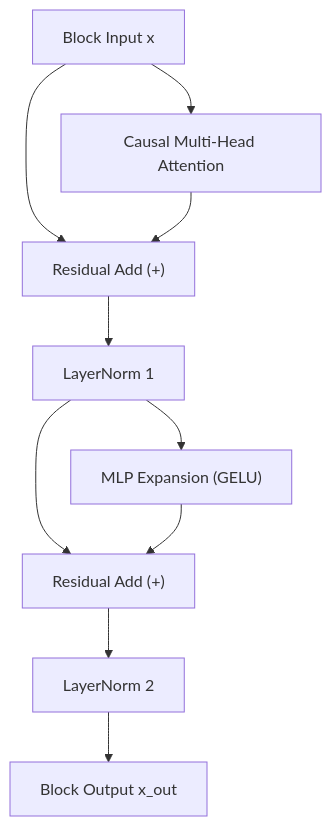
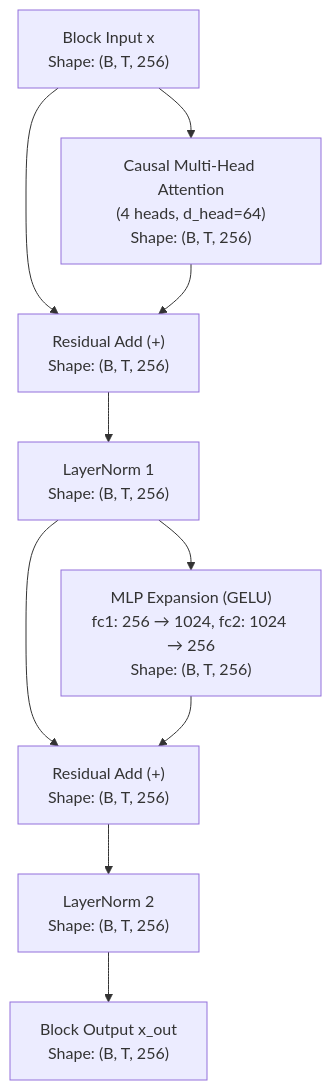
Before and after one commit to Ritvik19/NNFS: the second of 2 diagrams in docs/models/gpt1.md, drawn with Mermaid. The commit also changed other lines of this file and 11 other files, not shown here.

Commit message:
refactor: overhaul model documentation with architecture diagrams and update model implementations

````diff
--- a/docs/models/gpt1.md
+++ b/docs/models/gpt1.md
@@ -59,14 +59,14 @@
 ```mermaid
 flowchart TD
-    In["Block Input x"] --> Attn["Causal Multi-Head Attention"]
-    In --> Add1["Residual Add (+)"]
+    In["Block Input x<br/>Shape: (B, T, 256)"] --> Attn["Causal Multi-Head Attention<br/>(4 heads, d_head=64)<br/>Shape: (B, T, 256)"]
+    In --> Add1["Residual Add (+)<br/>Shape: (B, T, 256)"]
     Attn --> Add1
-    Add1 --> LN1["LayerNorm 1"]
+    Add1 --> LN1["LayerNorm 1<br/>Shape: (B, T, 256)"]
     
-    LN1 --> FFN["MLP Expansion (GELU)"]
-    LN1 --> Add2["Residual Add (+)"]
+    LN1 --> FFN["MLP Expansion (GELU)<br/>fc1: 256 → 1024, fc2: 1024 → 256<br/>Shape: (B, T, 256)"]
+    LN1 --> Add2["Residual Add (+)<br/>Shape: (B, T, 256)"]
     FFN --> Add2
-    Add2 --> LN2["LayerNorm 2"]
+    Add2 --> LN2["LayerNorm 2<br/>Shape: (B, T, 256)"]
     
-    LN2 --> Out["Block Output x_out"]
+    LN2 --> Out["Block Output x_out<br/>Shape: (B, T, 256)"]
 ```
````
